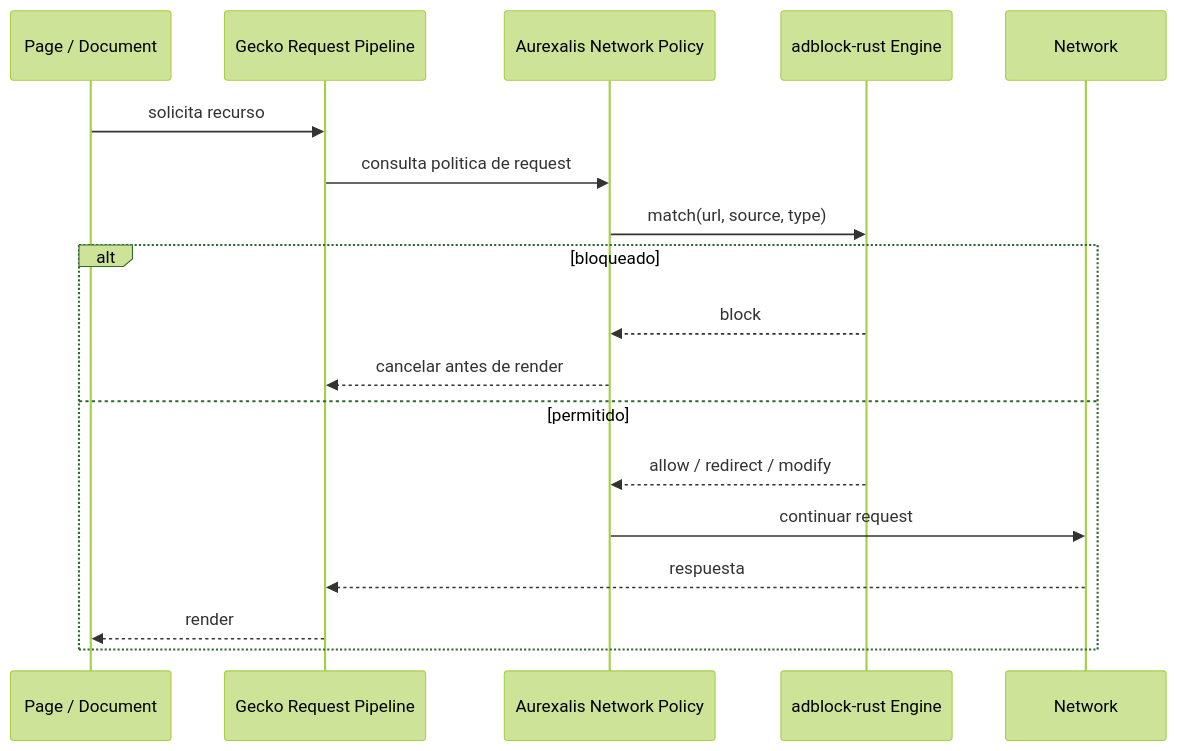
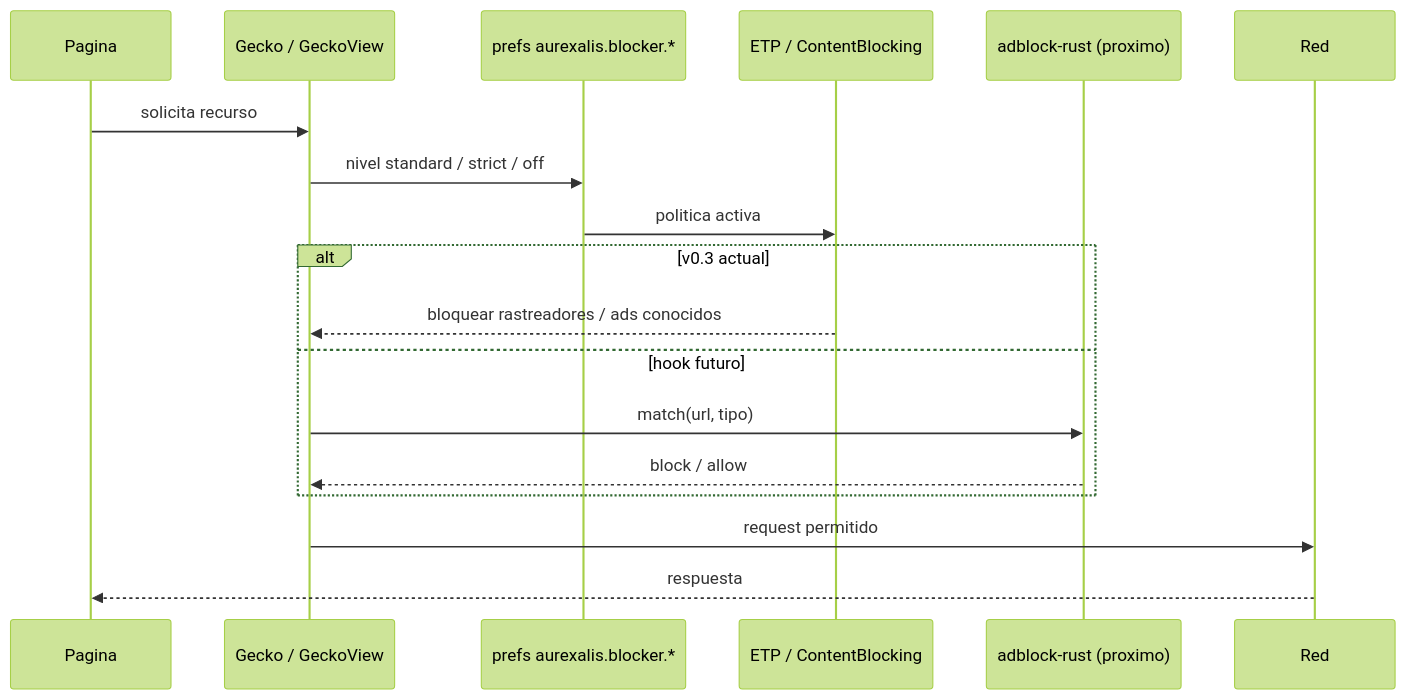
The second of 3 diagrams in README.md (JackStar6677-1/Aurexalis), drawn with Mermaid (forest theme) before and after one commit. The commit also changed other lines of this file and 2 other files, not shown here.

Commit message:
docs: actualiza roadmap, arquitectura y entregables v0.3.0 en README

````diff
--- a/README.md
+++ b/README.md
@@ -131,21 +142,21 @@
 ```mermaid
 sequenceDiagram
-  participant Page as Page / Document
-  participant Gecko as Gecko Request Pipeline
-  participant Policy as Aurexalis Network Policy
-  participant Blocker as adblock-rust Engine
-  participant Net as Network
+  participant Page as Pagina
+  participant Gecko as Gecko / GeckoView
+  participant Prefs as prefs aurexalis.blocker.*
+  participant ETP as ETP / ContentBlocking
+  participant Rust as adblock-rust (proximo)
+  participant Net as Red
 
   Page->>Gecko: solicita recurso
-  Gecko->>Policy: consulta politica de request
-  Policy->>Blocker: match(url, source, type)
-  alt bloqueado
-    Blocker-->>Policy: block
-    Policy-->>Gecko: cancelar antes de render
-  else permitido
-    Blocker-->>Policy: allow / redirect / modify
-    Policy->>Net: continuar request
-    Net-->>Gecko: respuesta
-    Gecko-->>Page: render
+  Gecko->>Prefs: nivel standard / strict / off
+  Prefs->>ETP: politica activa
+  alt v0.3 actual
+    ETP-->>Gecko: bloquear rastreadores / ads conocidos
+  else hook futuro
+    Gecko->>Rust: match(url, tipo)
+    Rust-->>Gecko: block / allow
   end
+  Gecko->>Net: request permitido
+  Net-->>Page: respuesta
 ```
````
